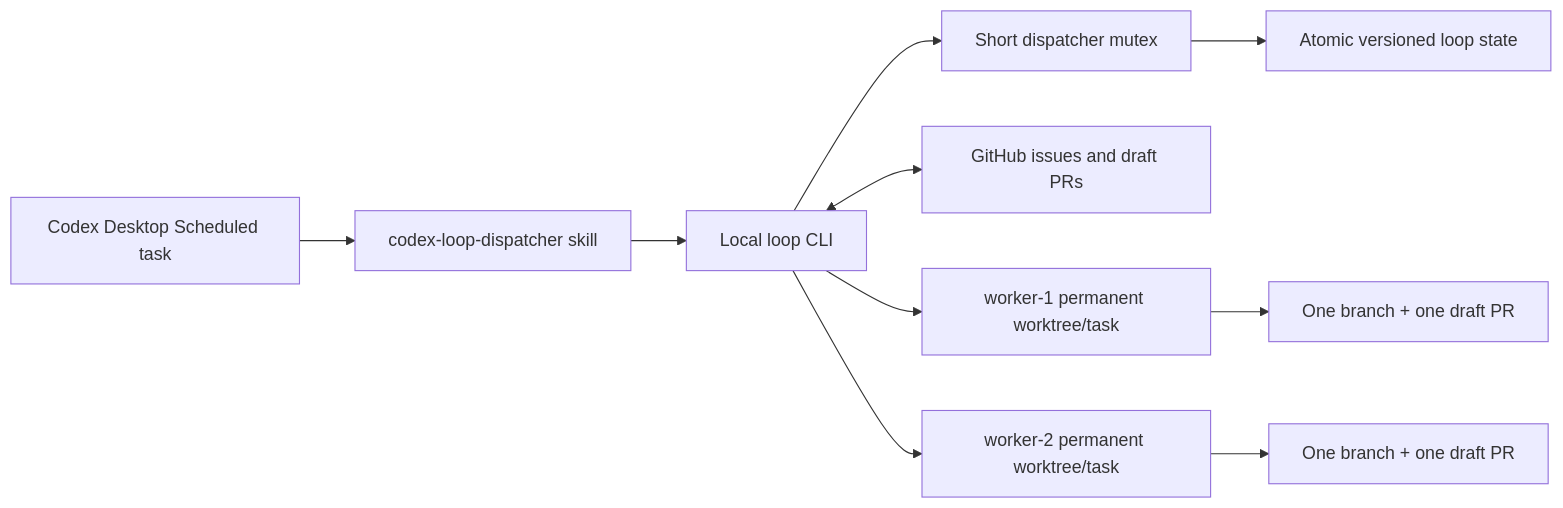
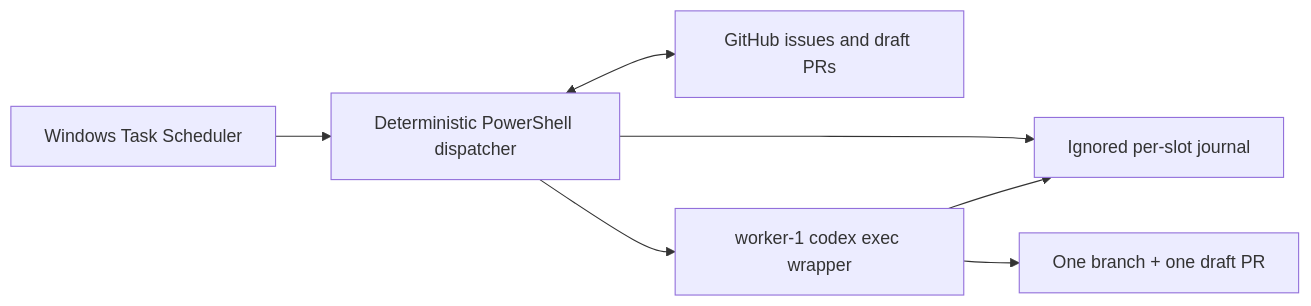
One commit to h-4vok/suno-automation changed the second of 2 diagrams in docs/architecture.md. Above: the diagram before and after it, drawn with Mermaid. The commit also changed other lines of this file and 6 other files, not shown here.

Commit message:
feat(loop): add one-worker Windows scheduler

````diff
--- a/docs/architecture.md
+++ b/docs/architecture.md
@@ -23,12 +23,9 @@
 ```mermaid
 flowchart LR
-  Scheduled["Codex Desktop Scheduled task"] --> Skill["codex-loop-dispatcher skill"]
-  Skill --> CLI["Local loop CLI"]
-  CLI --> Mutex["Short dispatcher mutex"]
-  Mutex --> State["Atomic versioned loop state"]
-  CLI <--> GitHub["GitHub issues and draft PRs"]
-  CLI --> A["worker-1 permanent worktree/task"]
-  CLI --> B["worker-2 permanent worktree/task"]
+  Scheduled["Windows Task Scheduler"] --> Dispatch["Deterministic PowerShell dispatcher"]
+  Dispatch --> Journal["Ignored per-slot journal"]
+  Dispatch <--> GitHub["GitHub issues and draft PRs"]
+  Dispatch --> A["worker-1 codex exec wrapper"]
+  A --> Journal
   A --> PRA["One branch + one draft PR"]
-  B --> PRB["One branch + one draft PR"]
 ```
````
